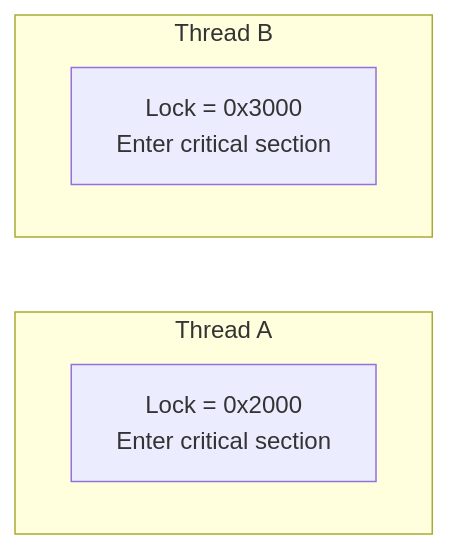
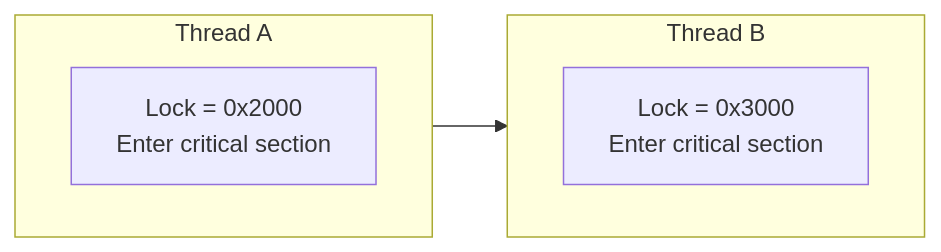
Before and after one commit to rebibabo/rebibabo.github.io: the diagram in images/Java-concurrency/IMG-20260707-000012.mmd, drawn with Mermaid. The commit also changed 59 other files, not shown here.

```diff
--- a/images/Java-concurrency/IMG-20260707-000012.mmd
+++ b/images/Java-concurrency/IMG-20260707-000012.mmd
@@ -1,9 +1,9 @@
 graph LR
     subgraph Thread_A["Thread A"]
         direction LR
         lock_a["Lock = 0x2000<br>Enter critical section"]
     end
     subgraph Thread_B["Thread B"]
         direction LR
         lock_b["Lock = 0x3000<br>Enter critical section"]
-    end
+    end    lock_a --> lock_b
```
